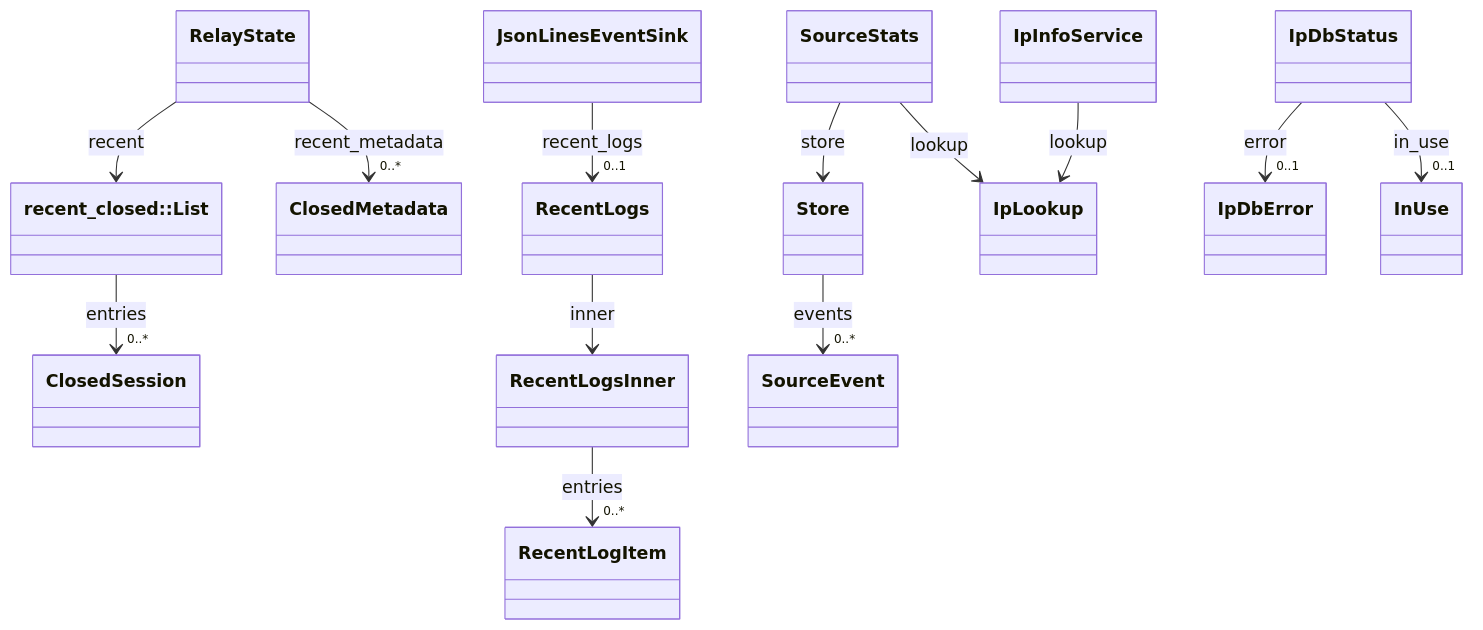
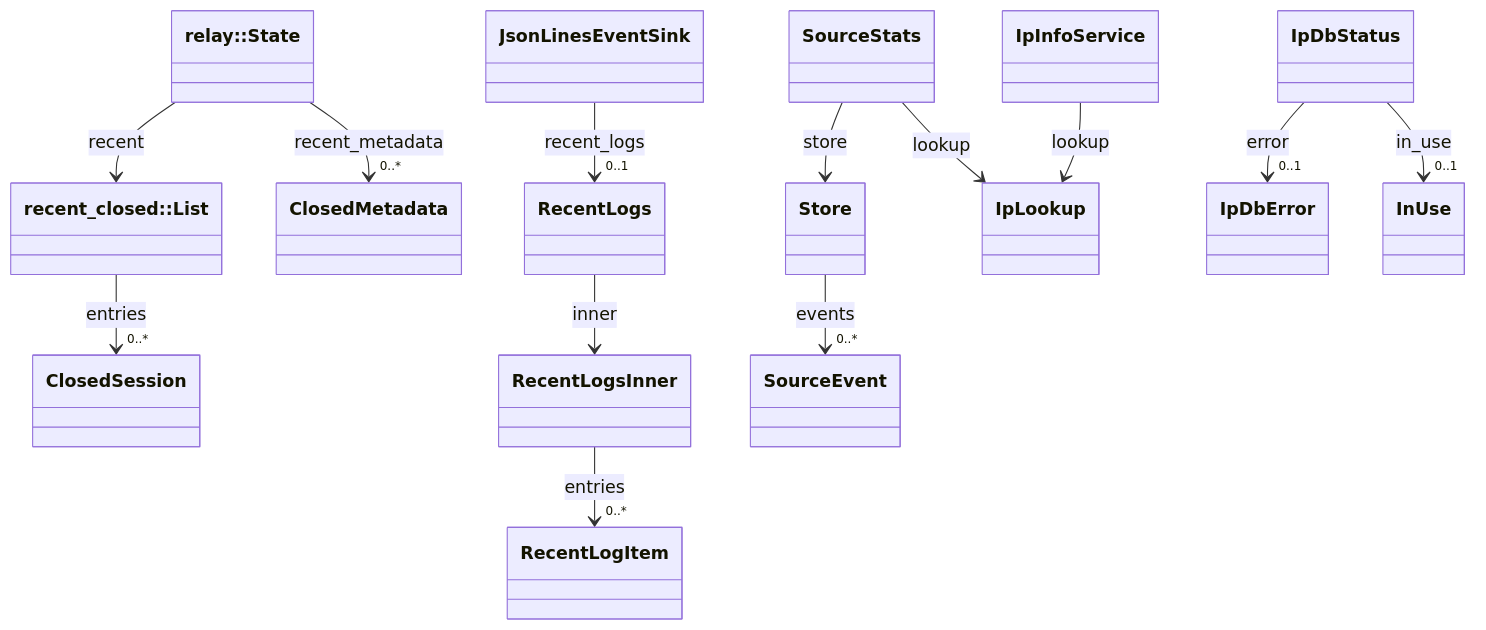
One commit to kayden-kim/vnc-relay changed the fourth of 6 diagrams in docs/architectures/domain-model.md. Above: the diagram before and after it, drawn with Mermaid. The commit also changed other lines of this file and 58 other files, not shown here.

````diff
--- a/docs/architectures/domain-model.md
+++ b/docs/architectures/domain-model.md
@@ -169,29 +169,29 @@
 ```mermaid
 classDiagram
-    class RelayState
+    class `relay::State`
     class `recent_closed::List`
     class ClosedSession
     class ClosedMetadata
     class JsonLinesEventSink
     class RecentLogs
     class RecentLogsInner
     class RecentLogItem
     class SourceStats
     class Store
     class SourceEvent
     class IpLookup
     class IpInfoService
     class IpDbStatus
-    RelayState --> `recent_closed::List` : recent
-    RelayState --> "0..*" ClosedMetadata : recent_metadata
+    `relay::State` --> `recent_closed::List` : recent
+    `relay::State` --> "0..*" ClosedMetadata : recent_metadata
     `recent_closed::List` --> "0..*" ClosedSession : entries
     JsonLinesEventSink --> "0..1" RecentLogs : recent_logs
     RecentLogs --> RecentLogsInner : inner
     RecentLogsInner --> "0..*" RecentLogItem : entries
     SourceStats --> Store : store
     SourceStats --> IpLookup : lookup
     Store --> "0..*" SourceEvent : events
     IpInfoService --> IpLookup : lookup
     IpDbStatus --> "0..1" IpDbError : error
     IpDbStatus --> "0..1" InUse : in_use
 ```
````
